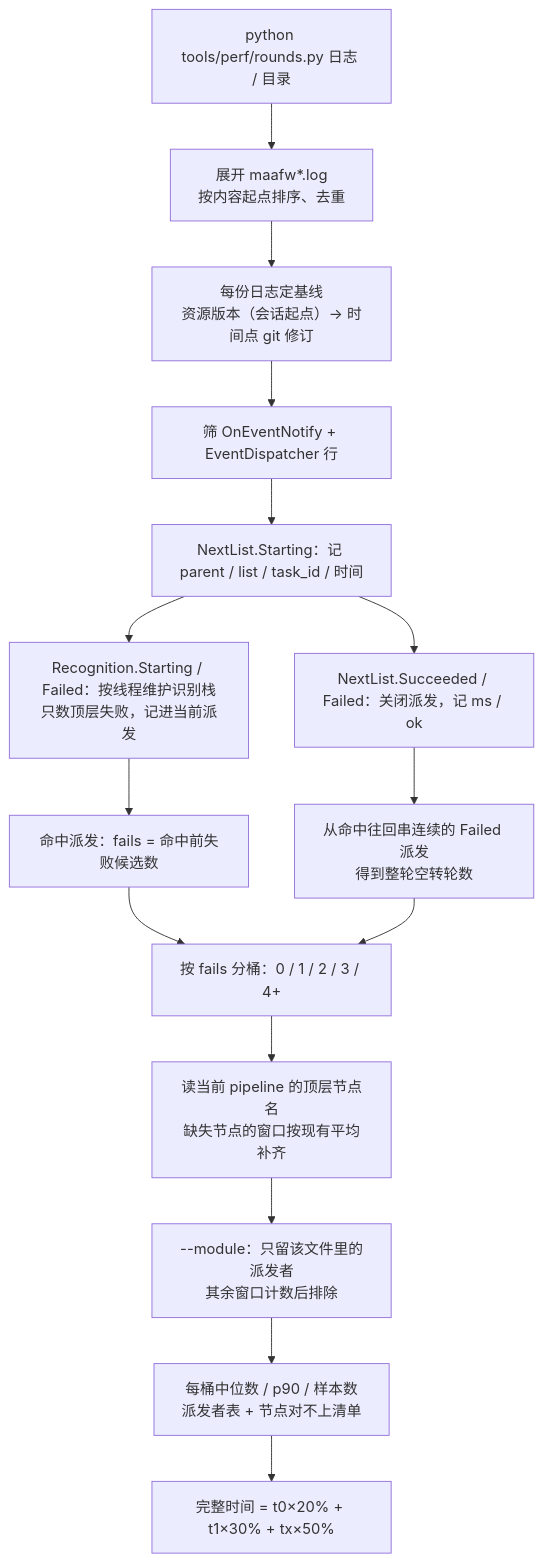
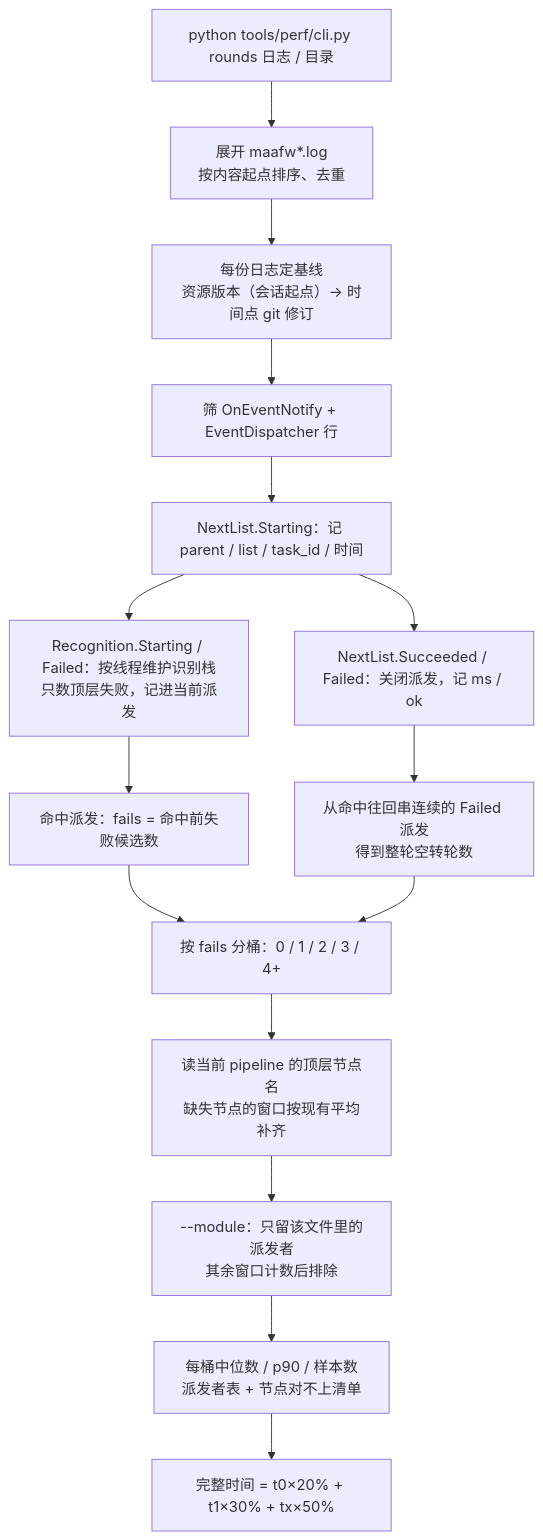
One commit to melancholyFishAndWater/MaaAshArms changed the first of 3 diagrams in tools/perf/README.md. Above: the diagram before and after it, drawn with Mermaid. The commit also changed other lines of this file and 113 other files, not shown here.

````diff
--- a/tools/perf/README.md
+++ b/tools/perf/README.md
@@ -143,17 +143,17 @@
 ```mermaid
 flowchart TD
-    A["python tools/perf/rounds.py 日志 / 目录"] --> D0["展开 maafw*.log<br/>按内容起点排序、去重"]
+    A["python tools/perf/cli.py rounds 日志 / 目录"] --> D0["展开 maafw*.log<br/>按内容起点排序、去重"]
     D0 --> D1["每份日志定基线<br/>资源版本（会话起点）→ 时间点 git 修订"]
     D1 --> B["筛 OnEventNotify + EventDispatcher 行"]
     B --> C["NextList.Starting：记 parent / list / task_id / 时间"]
     C --> D["NextList.Succeeded / Failed：关闭派发，记 ms / ok"]
     C --> E["Recognition.Starting / Failed：按线程维护识别栈<br/>只数顶层失败，记进当前派发"]
     E --> F["命中派发：fails = 命中前失败候选数"]
     D --> G["从命中往回串连续的 Failed 派发<br/>得到整轮空转轮数"]
     F --> H["按 fails 分桶：0 / 1 / 2 / 3 / 4+"]
     G --> H
     H --> P["读当前 pipeline 的顶层节点名<br/>缺失节点的窗口按现有平均补齐"]
     P --> M["--module：只留该文件里的派发者<br/>其余窗口计数后排除"]
     M --> I["每桶中位数 / p90 / 样本数<br/>派发者表 + 节点对不上清单"]
     I --> J["完整时间 = t0×20% + t1×30% + tx×50%"]
 ```
````
